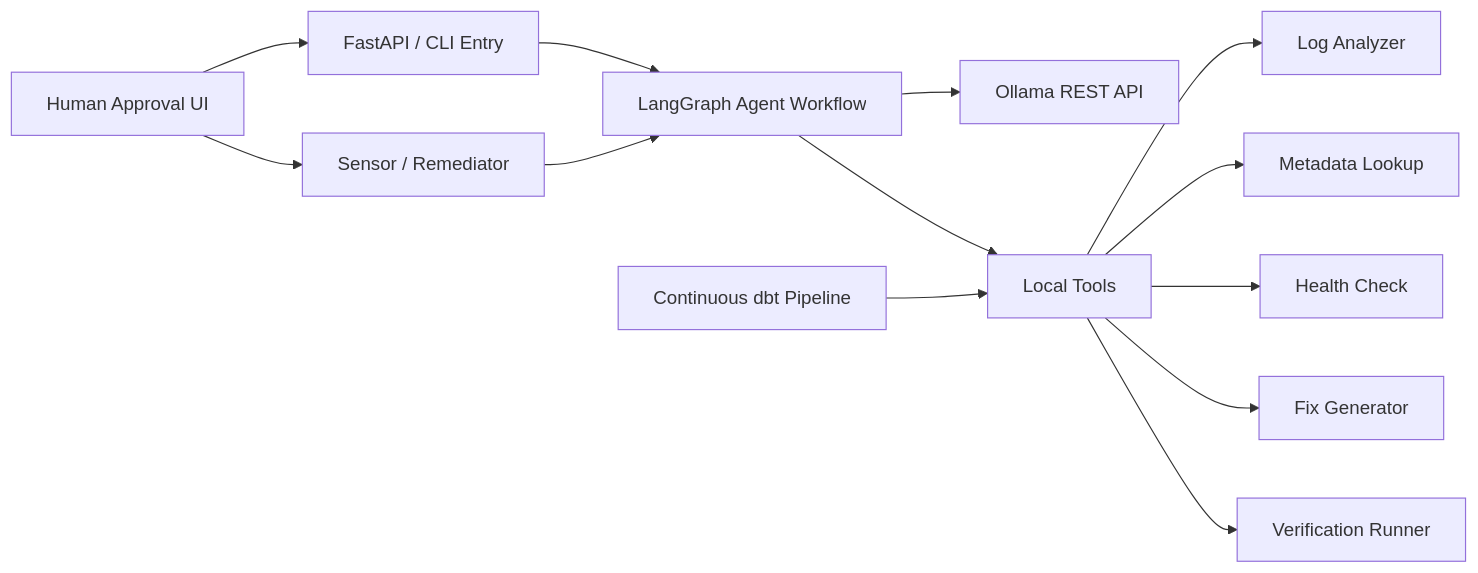
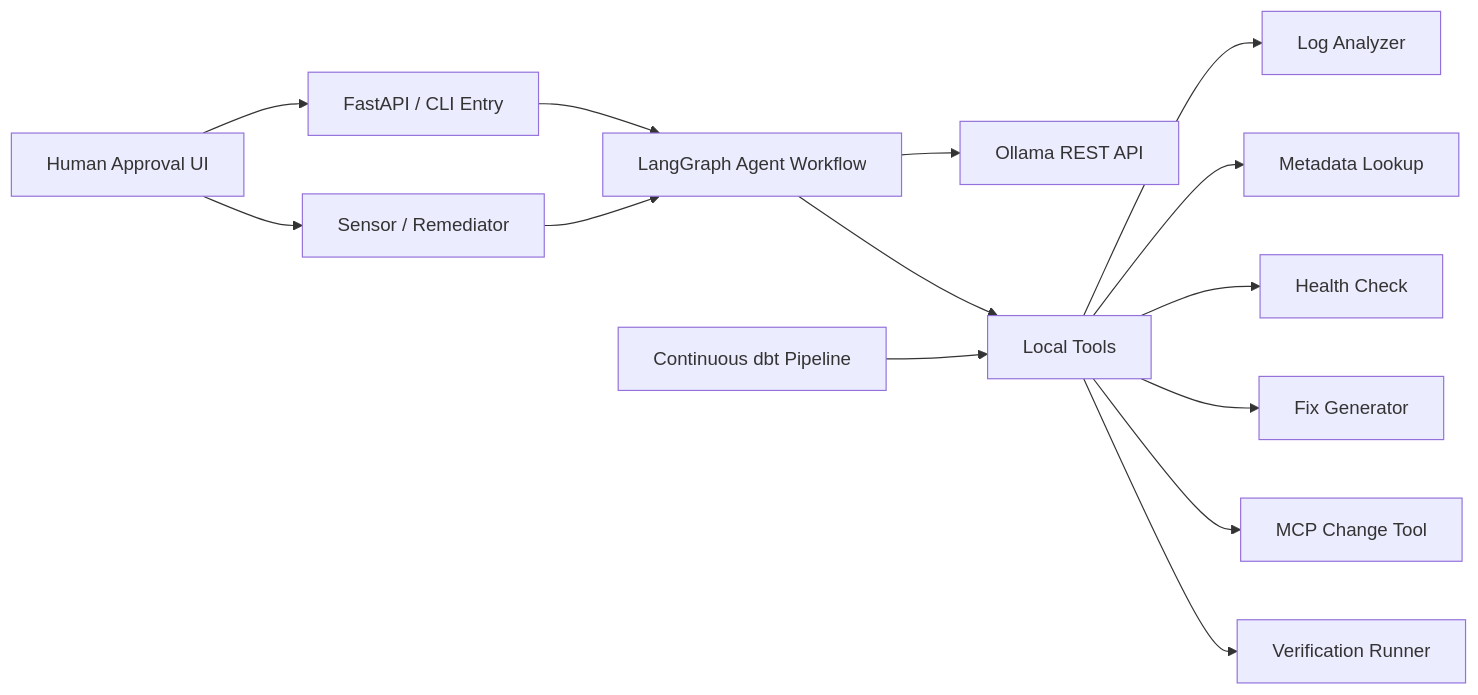
Before and after one commit to unneeks/agent-demo-de: the first of 4 diagrams in agentic-ai-ollama-demo/README.md, drawn with Mermaid. The commit also changed other lines of this file and 12 other files, not shown here.

````diff
--- a/agentic-ai-ollama-demo/README.md
+++ b/agentic-ai-ollama-demo/README.md
@@ -141,15 +258,16 @@
 ```mermaid
 flowchart LR
     U["User Prompt"] --> A["FastAPI / CLI Entry"]
     A --> G["LangGraph Agent Workflow"]
     G --> O["Ollama REST API"]
     G --> T["Local Tools"]
     T --> L["Log Analyzer"]
     T --> M["Metadata Lookup"]
     T --> H["Health Check"]
     T --> F["Fix Generator"]
+    T --> C["MCP Change Tool"]
     T --> V["Verification Runner"]
     P["Continuous dbt Pipeline"] --> T
     S["Sensor / Remediator"] --> G
     U["Human Approval UI"] --> S
 ```
````
